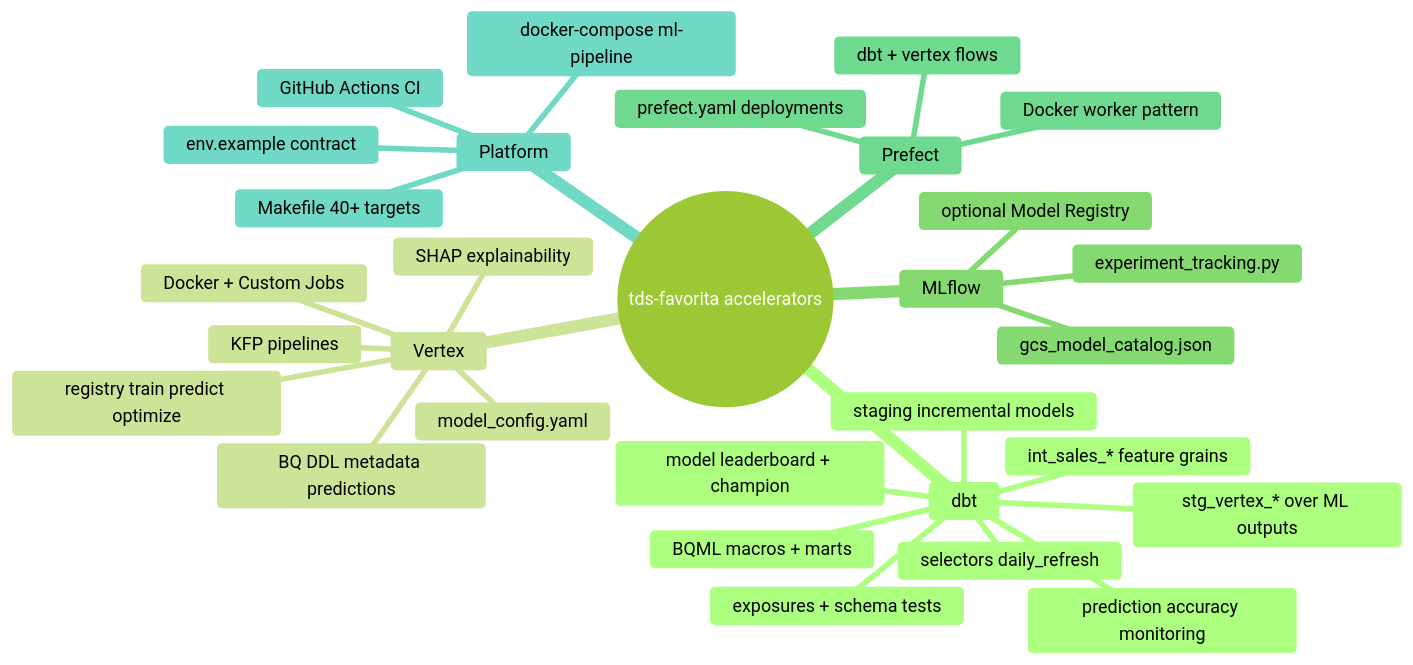
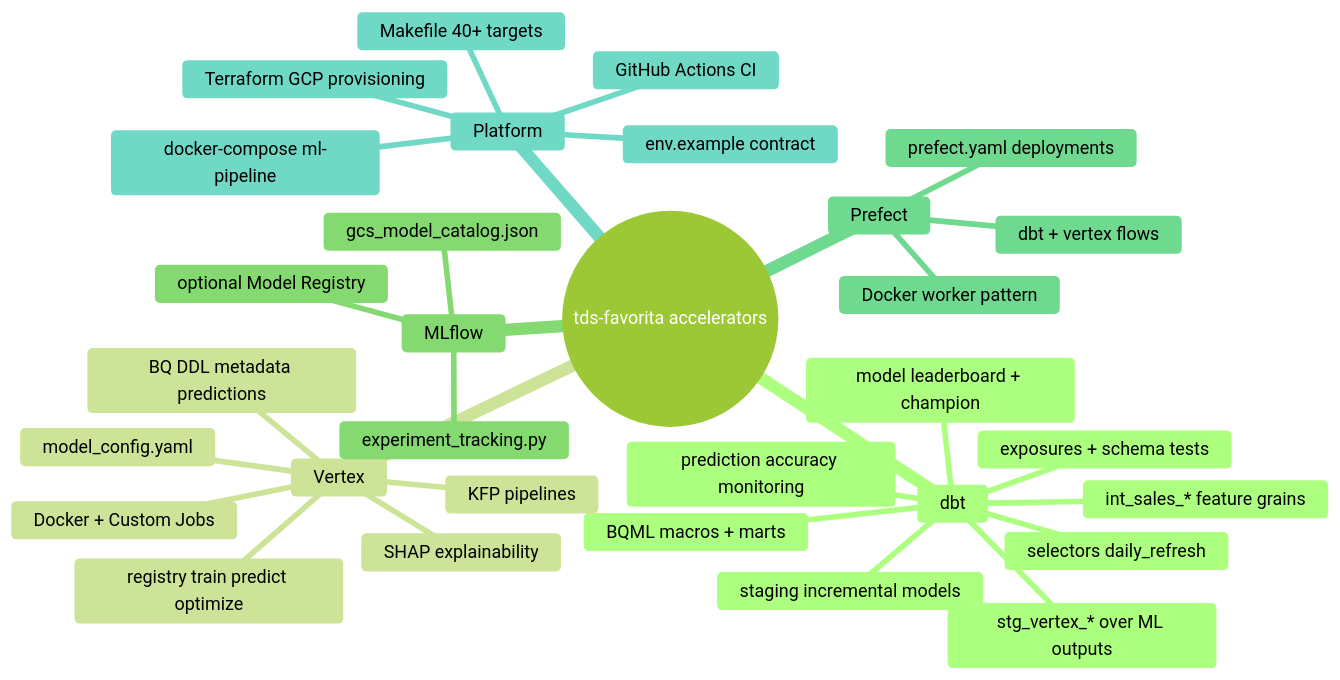
Before and after one commit to the-datastrategist/tds-dbt-favorita: the diagram in docs/accelerators.md, drawn with Mermaid (forest theme). The commit also changed other lines of this file and 43 other files, not shown here.

First line of the commit message:
feat: add Terraform modules for GCP provisioning

````diff
--- a/docs/accelerators.md
+++ b/docs/accelerators.md
@@ -11,33 +11,34 @@
 ```mermaid
 mindmap
   root((tds-favorita accelerators))
     dbt
       staging incremental models
       int_sales_* feature grains
       BQML macros + marts
       stg_vertex_* over ML outputs
       model leaderboard + champion
       prediction accuracy monitoring
       exposures + schema tests
       selectors daily_refresh
     Vertex
       model_config.yaml
       registry train predict optimize
       SHAP explainability
       KFP pipelines
       BQ DDL metadata predictions
       Docker + Custom Jobs
     MLflow
       experiment_tracking.py
       gcs_model_catalog.json
       optional Model Registry
     Prefect
       prefect.yaml deployments
       dbt + vertex flows
       Docker worker pattern
     Platform
       Makefile 40+ targets
       docker-compose ml-pipeline
       GitHub Actions CI
       env.example contract
+      Terraform GCP provisioning
 ```
````
